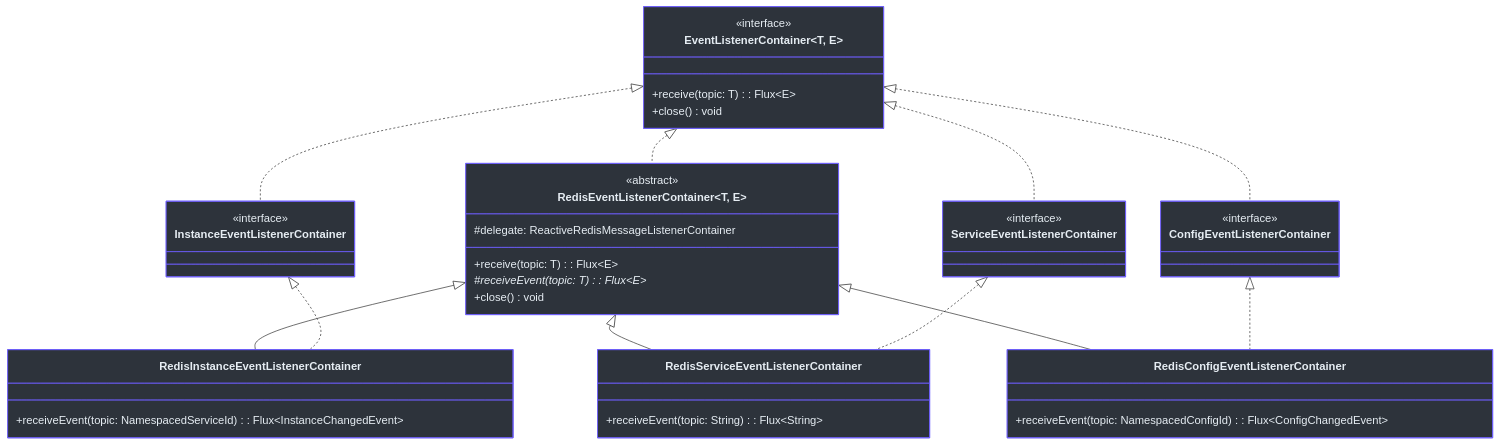
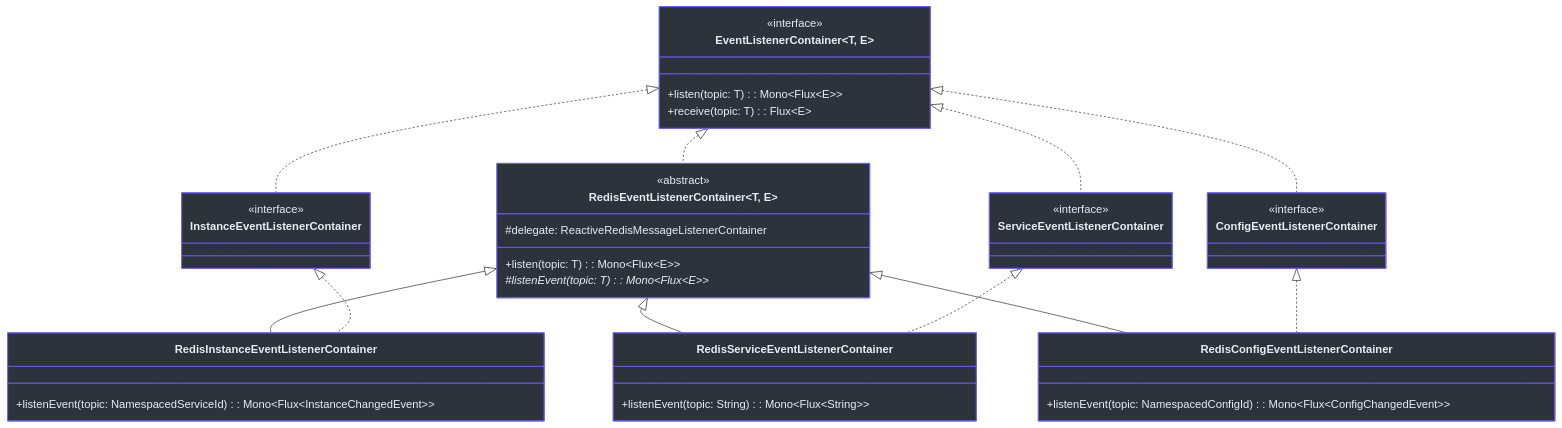
The third of 6 diagrams in wiki/guide/core.md (Ahoo-Wang/CoSky), drawn with Mermaid before and after one commit. The commit also changed other lines of this file and 35 other files, not shown here.

````diff
--- a/wiki/guide/core.md
+++ b/wiki/guide/core.md
@@ -223,60 +208,59 @@
 ```mermaid
 classDiagram
     class EventListenerContainer~T, E~ {
         <<interface>>
+        +listen(topic: T): Mono~Flux~E~~
         +receive(topic: T): Flux~E~
-        +close() void
     }
 
     class RedisEventListenerContainer~T, E~ {
         <<abstract>>
         #delegate: ReactiveRedisMessageListenerContainer
-        +receive(topic: T): Flux~E~
-        #receiveEvent(topic: T): Flux~E~*
-        +close() void
+        +listen(topic: T): Mono~Flux~E~~
+        #listenEvent(topic: T): Mono~Flux~E~~*
     }
 
     class RedisInstanceEventListenerContainer {
-        +receiveEvent(topic: NamespacedServiceId): Flux~InstanceChangedEvent~
+        +listenEvent(topic: NamespacedServiceId): Mono~Flux~InstanceChangedEvent~~
     }
 
     class RedisServiceEventListenerContainer {
-        +receiveEvent(topic: String): Flux~String~
+        +listenEvent(topic: String): Mono~Flux~String~~
     }
 
     class RedisConfigEventListenerContainer {
-        +receiveEvent(topic: NamespacedConfigId): Flux~ConfigChangedEvent~
+        +listenEvent(topic: NamespacedConfigId): Mono~Flux~ConfigChangedEvent~~
     }
 
     class InstanceEventListenerContainer {
         <<interface>>
     }
 
     class ServiceEventListenerContainer {
         <<interface>>
     }
 
     class ConfigEventListenerContainer {
         <<interface>>
     }
 
     EventListenerContainer <|.. RedisEventListenerContainer
     EventListenerContainer <|.. InstanceEventListenerContainer
     EventListenerContainer <|.. ServiceEventListenerContainer
     EventListenerContainer <|.. ConfigEventListenerContainer
     RedisEventListenerContainer <|-- RedisInstanceEventListenerContainer
     RedisEventListenerContainer <|-- RedisServiceEventListenerContainer
     RedisEventListenerContainer <|-- RedisConfigEventListenerContainer
     InstanceEventListenerContainer <|.. RedisInstanceEventListenerContainer
     ServiceEventListenerContainer <|.. RedisServiceEventListenerContainer
     ConfigEventListenerContainer <|.. RedisConfigEventListenerContainer
 
     style EventListenerContainer fill:#2d333b,stroke:#6d5dfc,color:#e6edf3
     style RedisEventListenerContainer fill:#2d333b,stroke:#6d5dfc,color:#e6edf3
     style RedisInstanceEventListenerContainer fill:#2d333b,stroke:#6d5dfc,color:#e6edf3
     style RedisServiceEventListenerContainer fill:#2d333b,stroke:#6d5dfc,color:#e6edf3
     style RedisConfigEventListenerContainer fill:#2d333b,stroke:#6d5dfc,color:#e6edf3
     style InstanceEventListenerContainer fill:#2d333b,stroke:#6d5dfc,color:#e6edf3
     style ServiceEventListenerContainer fill:#2d333b,stroke:#6d5dfc,color:#e6edf3
     style ConfigEventListenerContainer fill:#2d333b,stroke:#6d5dfc,color:#e6edf3
 ```
````
